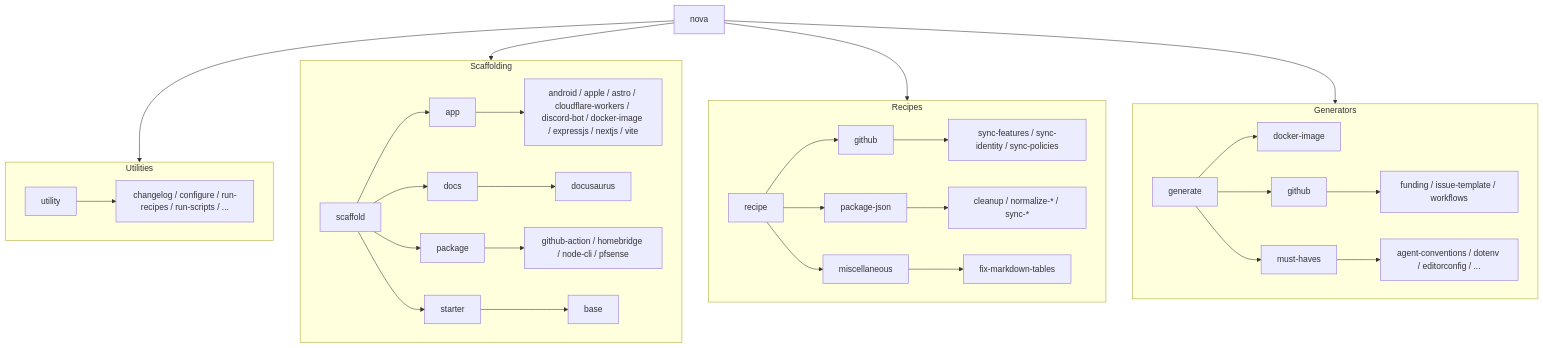
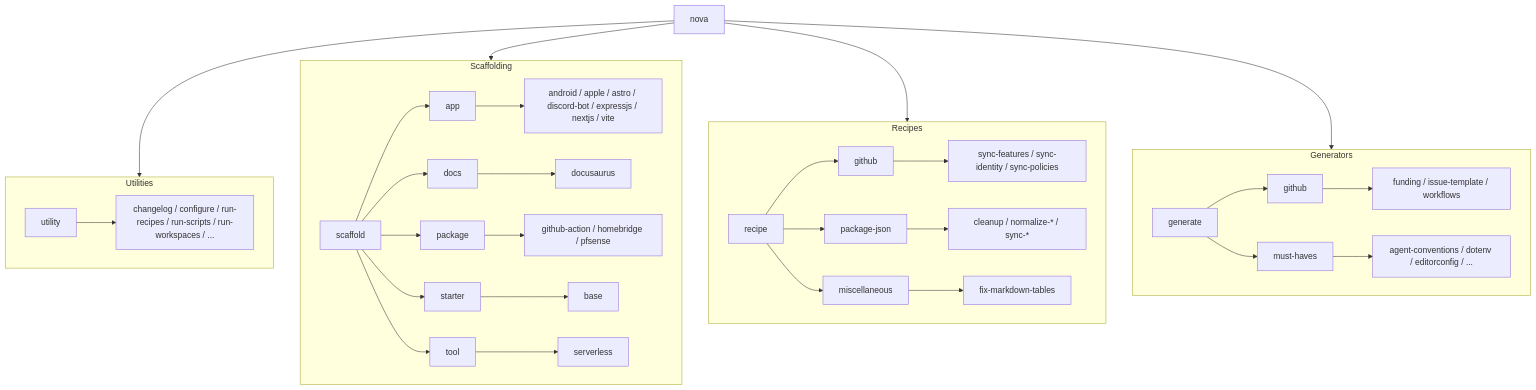
The diagram in apps/docs/docs/cli/index.mdx (cbnventures/nova), drawn with Mermaid before and after one commit. The commit also changed other lines of this file and 600 other files, not shown here.

Commit message:
Replace Turborepo, standardize workspace tooling, centralize scaffold maintenance, expand serverless and Homebridge scaffolds, and harden validation

````diff
--- a/apps/docs/docs/cli/index.mdx
+++ b/apps/docs/docs/cli/index.mdx
@@ -61,34 +61,34 @@
 ```mermaid
 flowchart TD
     CLI[nova] --> GEN[generate]
     CLI --> RCP[recipe]
     CLI --> SCAF[scaffold]
     CLI --> UTIL[utility]
 
     subgraph Generators
         direction LR
-        GEN --> DOCKERGEN[docker-image]
         GEN --> GH[github] --> GH1[funding / issue-template / workflows]
         GEN --> MUST[must-haves] --> MUST1[agent-conventions / dotenv / editorconfig / ...]
     end
 
     subgraph Recipes
         direction LR
         RCP --> GHR[github] --> GHR1[sync-features / sync-identity / sync-policies]
         RCP --> PKG[package-json] --> PKG1[cleanup / normalize-* / sync-*]
         RCP --> MISC[miscellaneous] --> MISC1[fix-markdown-tables]
     end
 
     subgraph Scaffolding
         direction LR
-        SCAF --> APP[app] --> APP1[android / apple / astro / cloudflare-workers / discord-bot / docker-image / expressjs / nextjs / vite]
+        SCAF --> APP[app] --> APP1[android / apple / astro / discord-bot / expressjs / nextjs / vite]
         SCAF --> DOCS[docs] --> DOCS1[docusaurus]
-        SCAF --> PACKAGE[package] --> PACKAGE1[github-action / homebridge / node-cli / pfsense]
+        SCAF --> PACKAGE[package] --> PACKAGE1[github-action / homebridge / pfsense]
         SCAF --> START[starter] --> START1[base]
+        SCAF --> TOOL[tool] --> TOOL1[serverless]
     end
 
     subgraph Utilities
         direction LR
-        UTIL --> UTIL1[changelog / configure / run-recipes / run-scripts / ...]
+        UTIL --> UTIL1[changelog / configure / run-recipes / run-scripts / run-workspaces / ...]
     end
 ```
````
